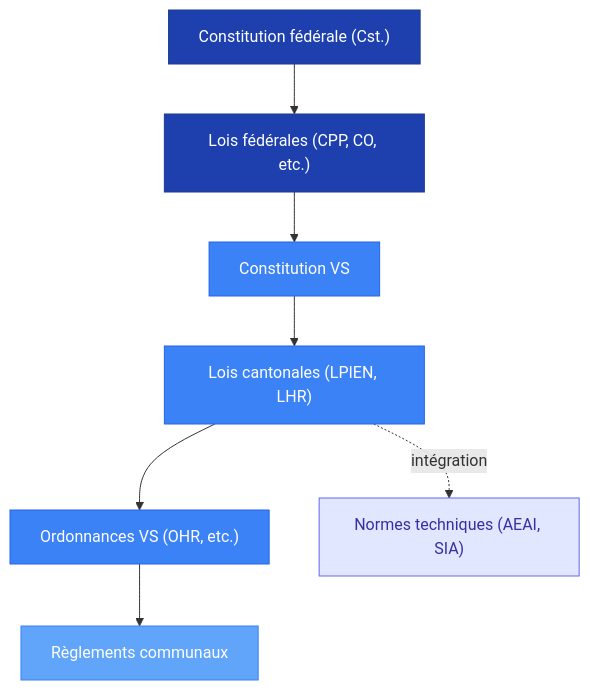
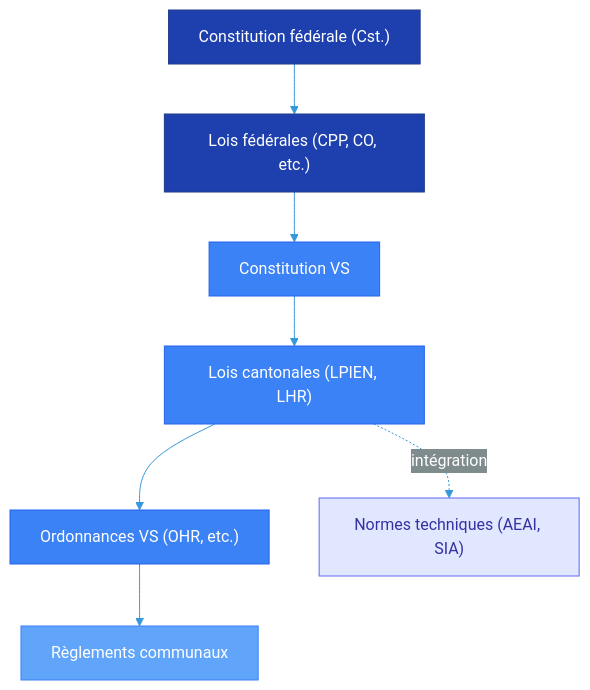
One commit to veritacm/veritaserum changed the diagram in content/02_Droit/Lois_applicables.md. Above: the diagram before and after it, drawn with Mermaid. The commit also changed 7 other files, not shown here.

````diff
--- a/content/02_Droit/Lois_applicables.md
+++ b/content/02_Droit/Lois_applicables.md
@@ -31,22 +31,23 @@
 ```mermaid
 flowchart TB
+%%{init: {'theme':'base', 'themeVariables': { 'primaryColor':'#2C3E50', 'primaryTextColor':'#fff', 'primaryBorderColor':'#7F8C8D', 'lineColor':'#3498DB', 'secondaryColor':'#7F8C8D', 'tertiaryColor':'#f4f4f4'}}}%%
   classDef fed fill:#1e40af,color:#fff,stroke:#1e3a8a
   classDef cant fill:#3b82f6,color:#fff,stroke:#2563eb
   classDef comm fill:#60a5fa,color:#fff,stroke:#3b82f6
   classDef tech fill:#e0e7ff,color:#3730a3,stroke:#6366f1
 
   CST["Constitution fédérale (Cst.)"]:::fed
   LOIS_FED["Lois fédérales (CPP, CO, etc.)"]:::fed
   CST_VS["Constitution VS"]:::cant
   LOIS_VS["Lois cantonales (LPIEN, LHR)"]:::cant
   ORD_VS["Ordonnances VS (OHR, etc.)"]:::cant
   REGL_COMM["Règlements communaux"]:::comm
   NORMES_TECH["Normes techniques (AEAI, SIA)"]:::tech
 
   CST --> LOIS_FED
   LOIS_FED --> CST_VS
   CST_VS --> LOIS_VS
   LOIS_VS --> ORD_VS
   ORD_VS --> REGL_COMM
   LOIS_VS -.->|"intégration"| NORMES_TECH
 ```
````
